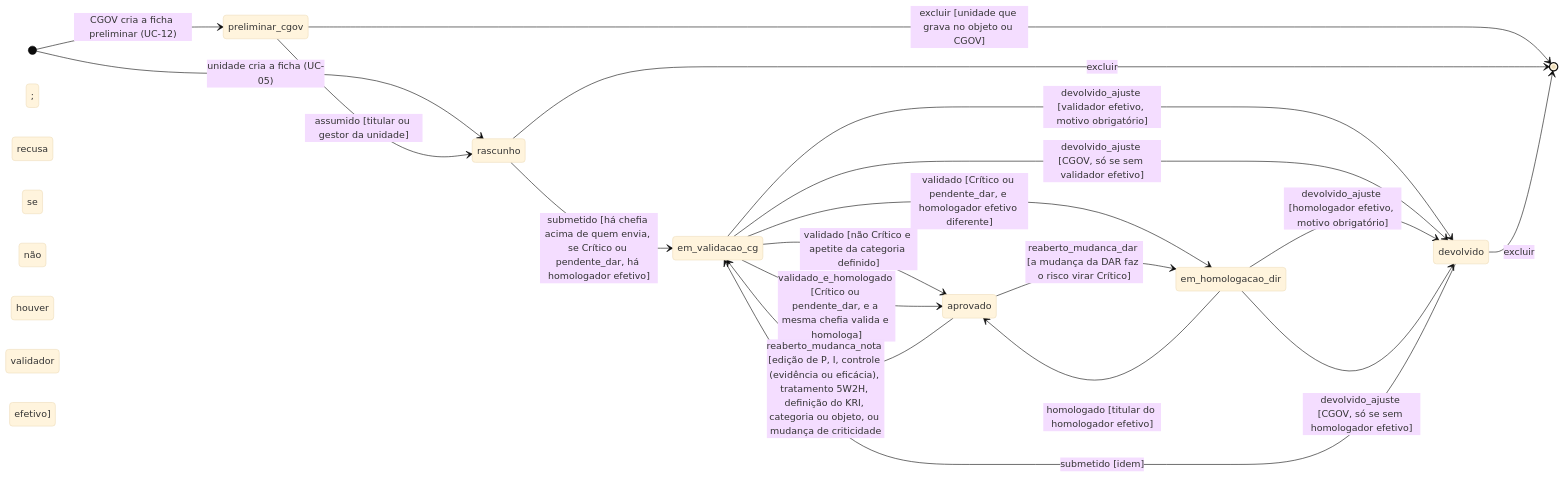
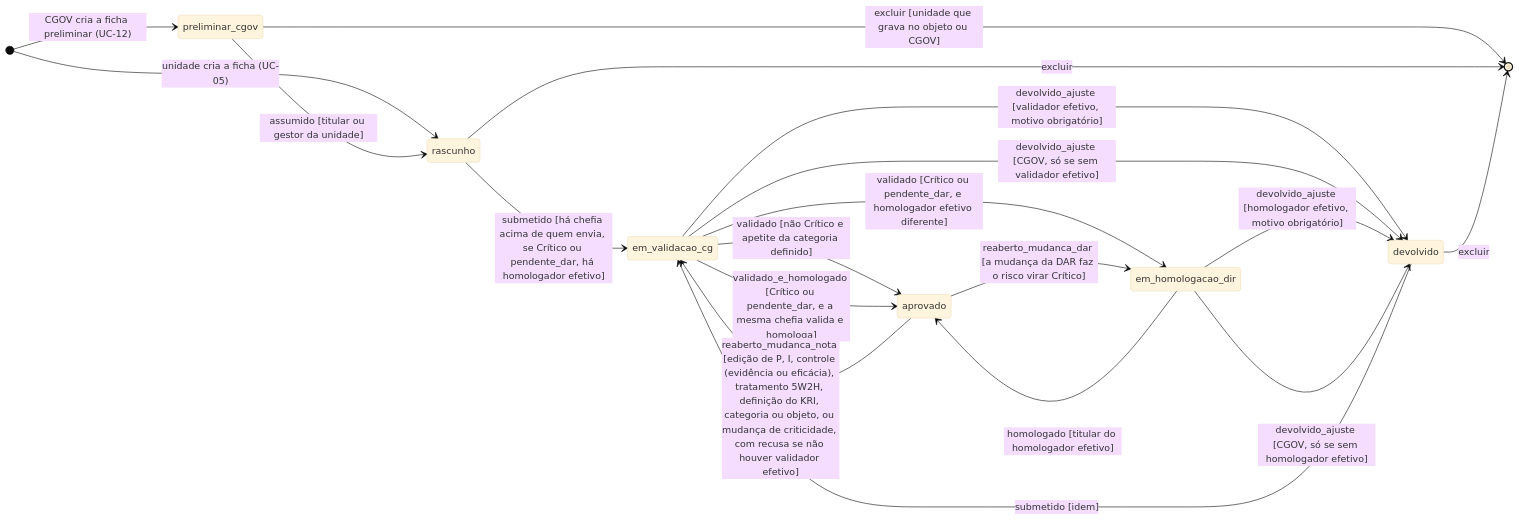
One commit to lpchagas/cgov-riscos changed the first of 2 diagrams in docs/50-nivel5-software/uml-05-maquina-estados.md. Above: the diagram before and after it, drawn with Mermaid (base theme).

Commit message:
fix(nivel5): tira o ponto e vírgula de um rótulo do diagrama de estados
No Mermaid, o ';' encerra o comando; em rótulo sem aspas ele pode cortar a
transição em outras versões do renderizador (GitHub, Obsidian).

````diff
--- a/docs/50-nivel5-software/uml-05-maquina-estados.md
+++ b/docs/50-nivel5-software/uml-05-maquina-estados.md
@@ -17,22 +17,22 @@
 ```mermaid
 stateDiagram-v2
   direction LR
   [*] --> preliminar_cgov : CGOV cria a ficha preliminar (UC-12)
   [*] --> rascunho : unidade cria a ficha (UC-05)
   preliminar_cgov --> rascunho : assumido [titular ou gestor da unidade]
   preliminar_cgov --> [*] : excluir [unidade que grava no objeto ou CGOV]
   rascunho --> em_validacao_cg : submetido [há chefia acima de quem envia, se Crítico ou pendente_dar, há homologador efetivo]
   rascunho --> [*] : excluir
   devolvido --> em_validacao_cg : submetido [idem]
   devolvido --> [*] : excluir
   em_validacao_cg --> aprovado : validado [não Crítico e apetite da categoria definido]
   em_validacao_cg --> aprovado : validado_e_homologado [Crítico ou pendente_dar, e a mesma chefia valida e homologa]
   em_validacao_cg --> em_homologacao_dir : validado [Crítico ou pendente_dar, e homologador efetivo diferente]
   em_validacao_cg --> devolvido : devolvido_ajuste [validador efetivo, motivo obrigatório]
   em_validacao_cg --> devolvido : devolvido_ajuste [CGOV, só se sem validador efetivo]
   em_homologacao_dir --> aprovado : homologado [titular do homologador efetivo]
   em_homologacao_dir --> devolvido : devolvido_ajuste [homologador efetivo, motivo obrigatório]
   em_homologacao_dir --> devolvido : devolvido_ajuste [CGOV, só se sem homologador efetivo]
-  aprovado --> em_validacao_cg : reaberto_mudanca_nota [edição de P, I, controle (evidência ou eficácia), tratamento 5W2H, definição do KRI, categoria ou objeto, ou mudança de criticidade; recusa se não houver validador efetivo]
+  aprovado --> em_validacao_cg : reaberto_mudanca_nota [edição de P, I, controle (evidência ou eficácia), tratamento 5W2H, definição do KRI, categoria ou objeto, ou mudança de criticidade, com recusa se não houver validador efetivo]
   aprovado --> em_homologacao_dir : reaberto_mudanca_dar [a mudança da DAR faz o risco virar Crítico]
 ```
````
